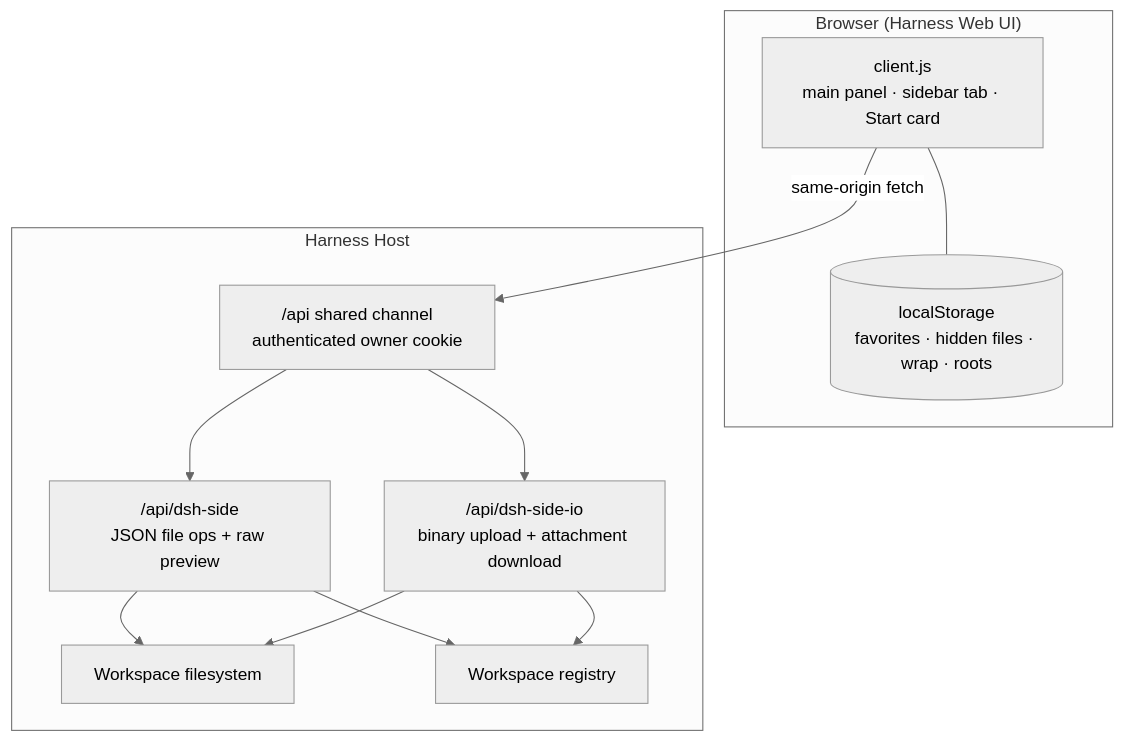
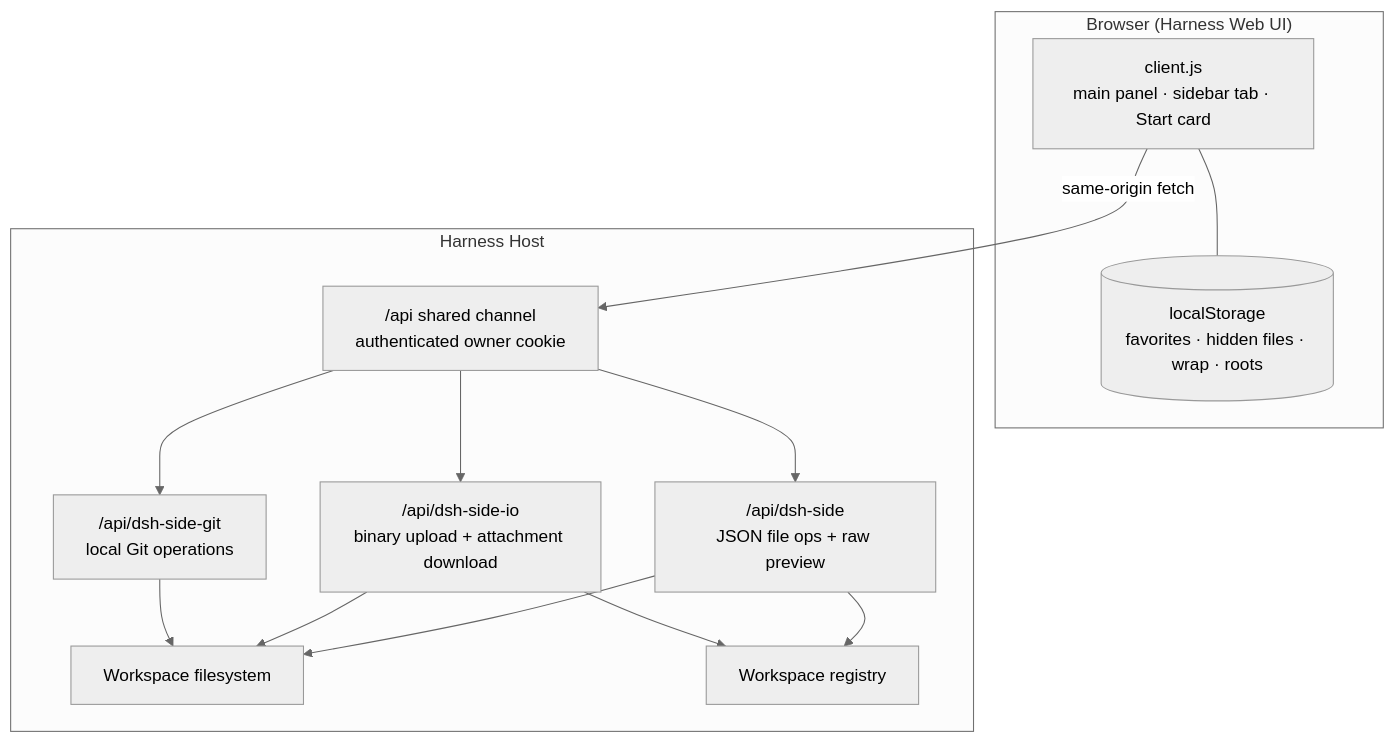
The diagram in README.md (taskkill/dsh-web-dev-workspace), drawn with Mermaid (neutral theme) before and after one commit. The commit also changed other lines of this file and 17 other files, not shown here.

````diff
--- a/README.md
+++ b/README.md
@@ -264,24 +324,27 @@
 ```mermaid
 flowchart TB
   subgraph Browser["Browser (Harness Web UI)"]
     UI["client.js<br/>main panel · sidebar tab · Start card"]
     LS[("localStorage<br/>favorites · hidden files · wrap · roots")]
     UI --- LS
   end
 
   subgraph Host["Harness Host"]
     API["/api shared channel<br/>authenticated owner cookie"]
     MAIN["/api/dsh-side<br/>JSON file ops + raw preview"]
     IO["/api/dsh-side-io<br/>binary upload + attachment download"]
+    GIT["/api/dsh-side-git<br/>local Git operations"]
     FS["Workspace filesystem"]
     REG["Workspace registry"]
     API --> MAIN
     API --> IO
+    API --> GIT
     MAIN --> FS
     IO --> FS
+    GIT --> FS
     MAIN --> REG
     IO --> REG
   end
 
   UI -- "same-origin fetch" --> API
 ```
````
